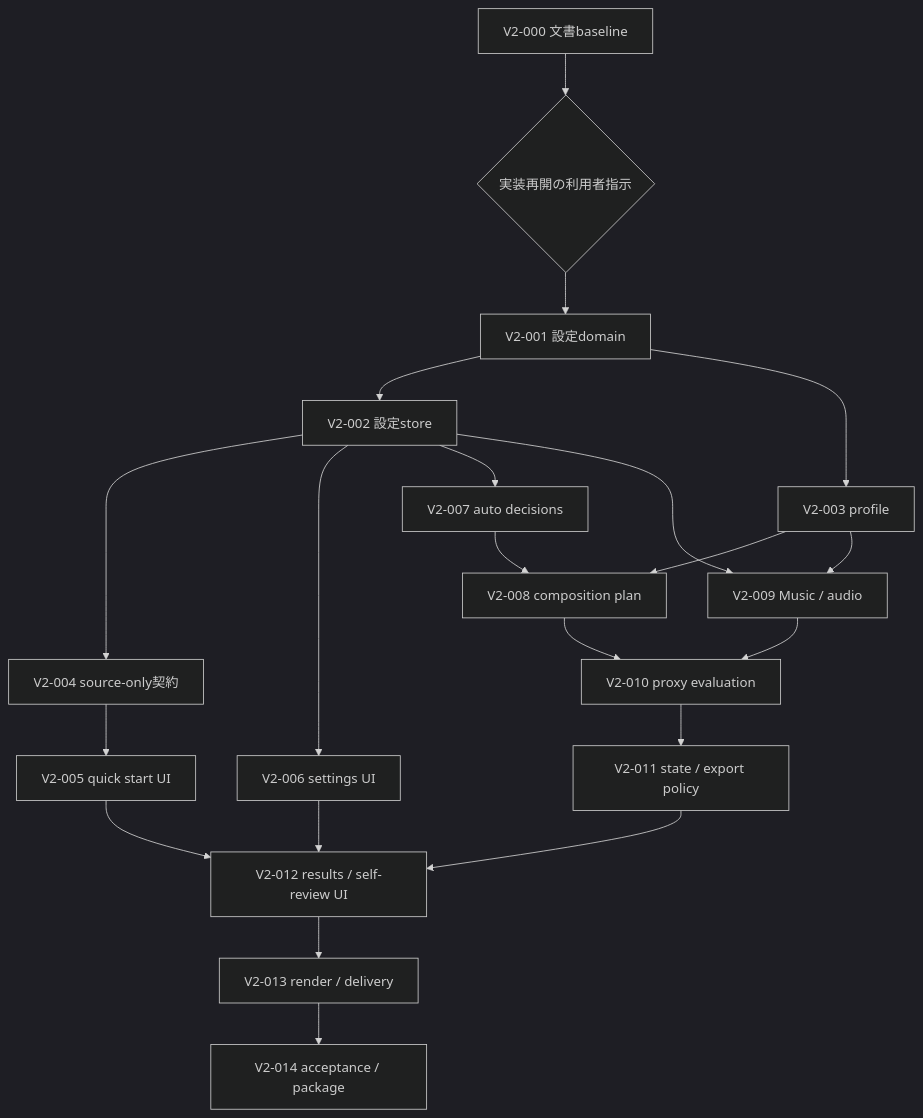
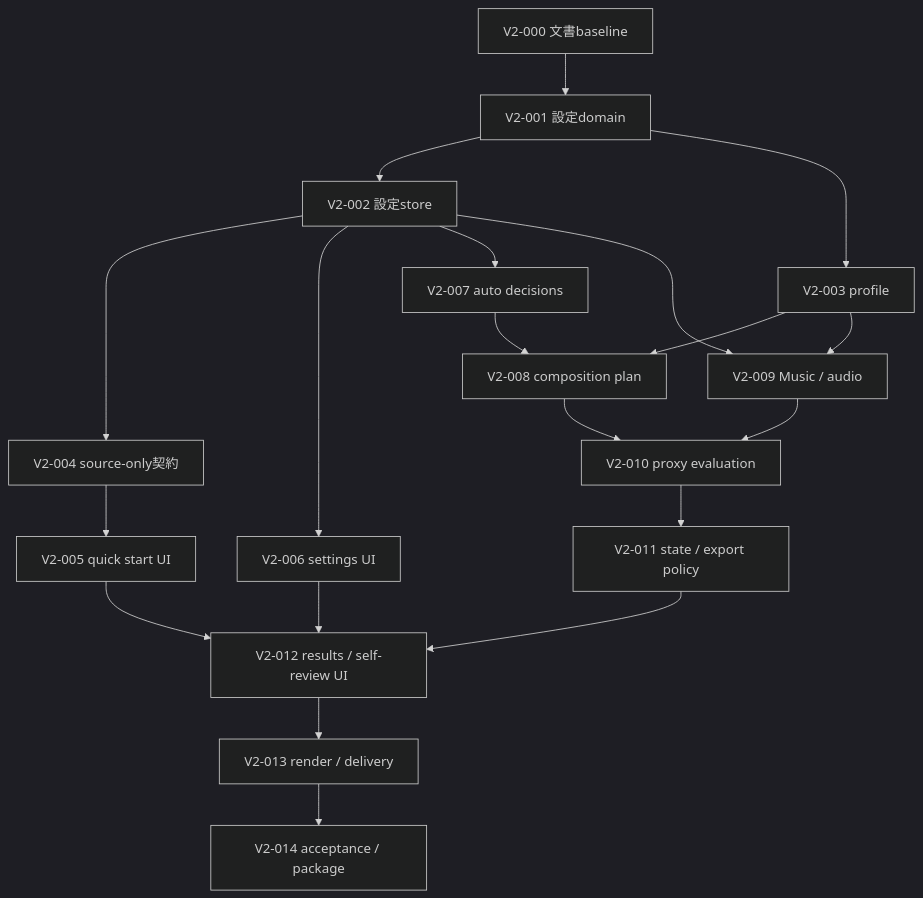
One commit to dahatake/HubRadio-MovieCreator changed the first of 3 diagrams in docs/dev/planning/implementation-plan.md. Above: the diagram before and after it, drawn with Mermaid (dark theme). The commit also changed other lines of this file and 16 other files, not shown here.

````diff
--- a/docs/dev/planning/implementation-plan.md
+++ b/docs/dev/planning/implementation-plan.md
@@ -135,23 +135,22 @@
 ```mermaid
 flowchart TD
-   V2000[V2-000 文書baseline] --> PAUSE{実装再開の利用者指示}
-   PAUSE --> V2001[V2-001 設定domain]
+   V2000[V2-000 文書baseline] --> V2001[V2-001 設定domain]
    V2001 --> V2002[V2-002 設定store]
    V2001 --> V2003[V2-003 profile]
    V2002 --> V2004[V2-004 source-only契約]
    V2004 --> V2005[V2-005 quick start UI]
    V2002 --> V2006[V2-006 settings UI]
    V2002 --> V2007[V2-007 auto decisions]
    V2003 --> V2008[V2-008 composition plan]
    V2007 --> V2008
    V2002 --> V2009[V2-009 Music / audio]
    V2003 --> V2009
    V2008 --> V2010[V2-010 proxy evaluation]
    V2009 --> V2010
    V2010 --> V2011[V2-011 state / export policy]
    V2005 --> V2012[V2-012 results / self-review UI]
    V2006 --> V2012
    V2011 --> V2012
    V2012 --> V2013[V2-013 render / delivery]
    V2013 --> V2014[V2-014 acceptance / package]
 ```
````
